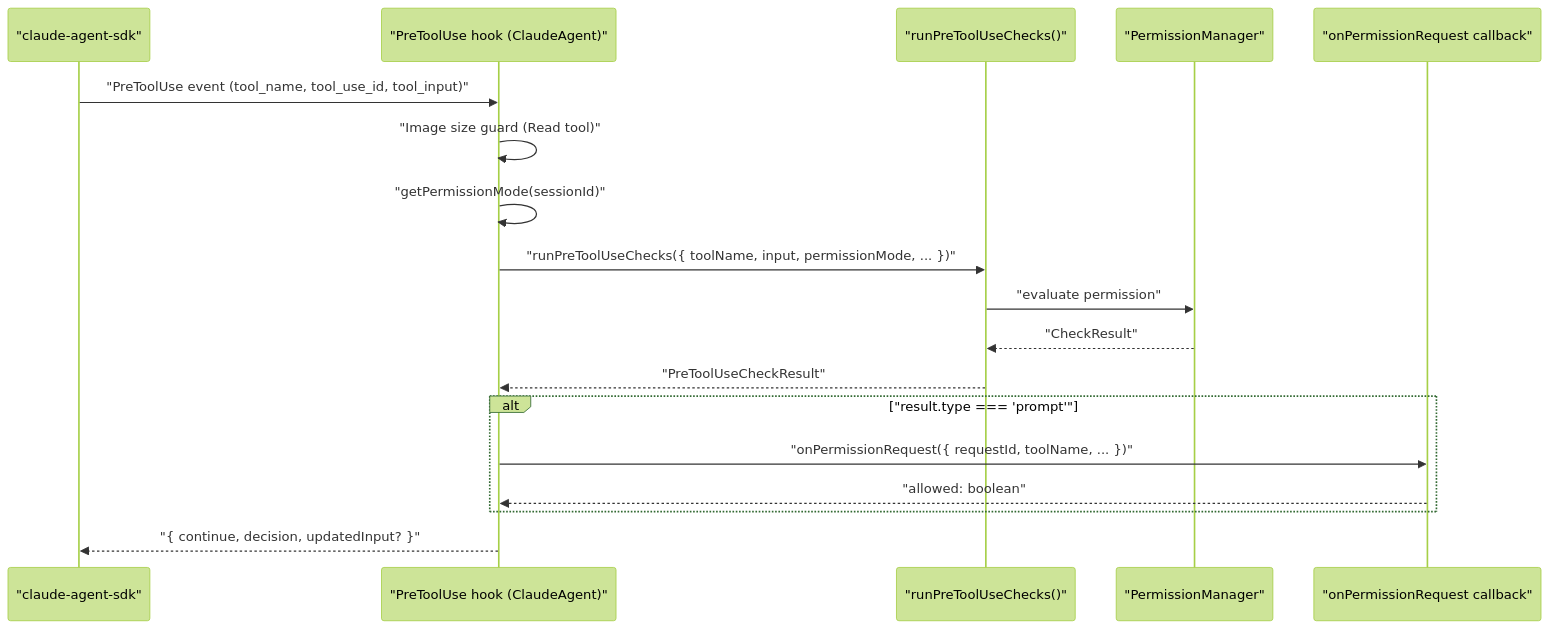
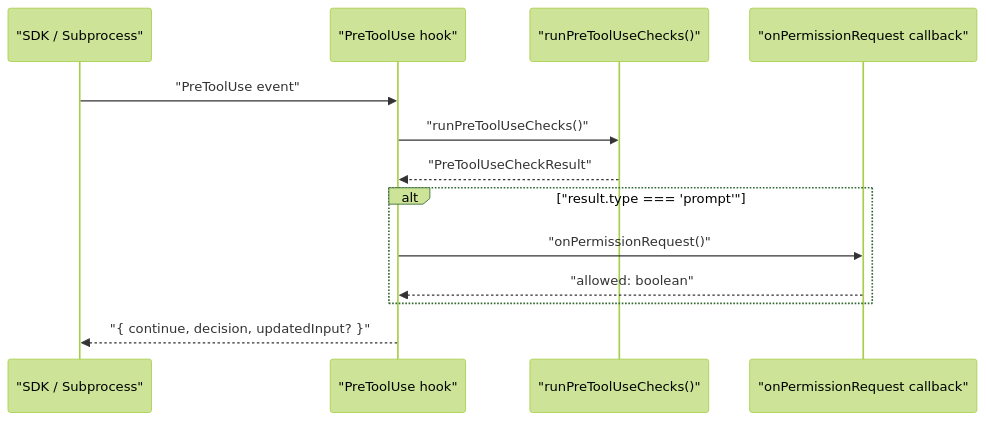
The fourth of 4 diagrams in docs/lukilabs_craft-agents-oss/architecture/agent-system.md (blackcater/zentree), drawn with Mermaid (forest theme) before and after one commit. The commit also changed other lines of this file and 232 other files, not shown here.

````diff
--- a/docs/lukilabs_craft-agents-oss/architecture/agent-system.md
+++ b/docs/lukilabs_craft-agents-oss/architecture/agent-system.md
@@ -258,21 +195,16 @@
 ```mermaid
 sequenceDiagram
-    participant SDK as "claude-agent-sdk"
-    participant Hook as "PreToolUse hook (ClaudeAgent)"
+    participant SDK as "SDK / Subprocess"
+    participant Hook as "PreToolUse hook"
     participant PTU as "runPreToolUseChecks()"
-    participant PM as "PermissionManager"
     participant UI as "onPermissionRequest callback"
 
-    SDK->>Hook: "PreToolUse event (tool_name, tool_use_id, tool_input)"
-    Hook->>Hook: "Image size guard (Read tool)"
-    Hook->>Hook: "getPermissionMode(sessionId)"
-    Hook->>PTU: "runPreToolUseChecks({ toolName, input, permissionMode, ... })"
-    PTU->>PM: "evaluate permission"
-    PM-->>PTU: "CheckResult"
+    SDK->>Hook: "PreToolUse event"
+    Hook->>PTU: "runPreToolUseChecks()"
     PTU-->>Hook: "PreToolUseCheckResult"
     alt "result.type === 'prompt'"
-        Hook->>UI: "onPermissionRequest({ requestId, toolName, ... })"
+        Hook->>UI: "onPermissionRequest()"
         UI-->>Hook: "allowed: boolean"
     end
     Hook-->>SDK: "{ continue, decision, updatedInput? }"
 ```
````
